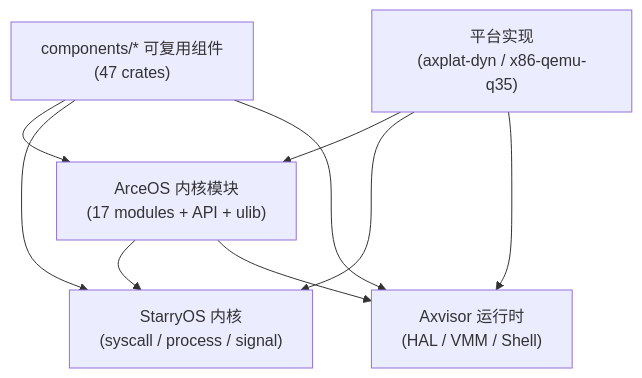
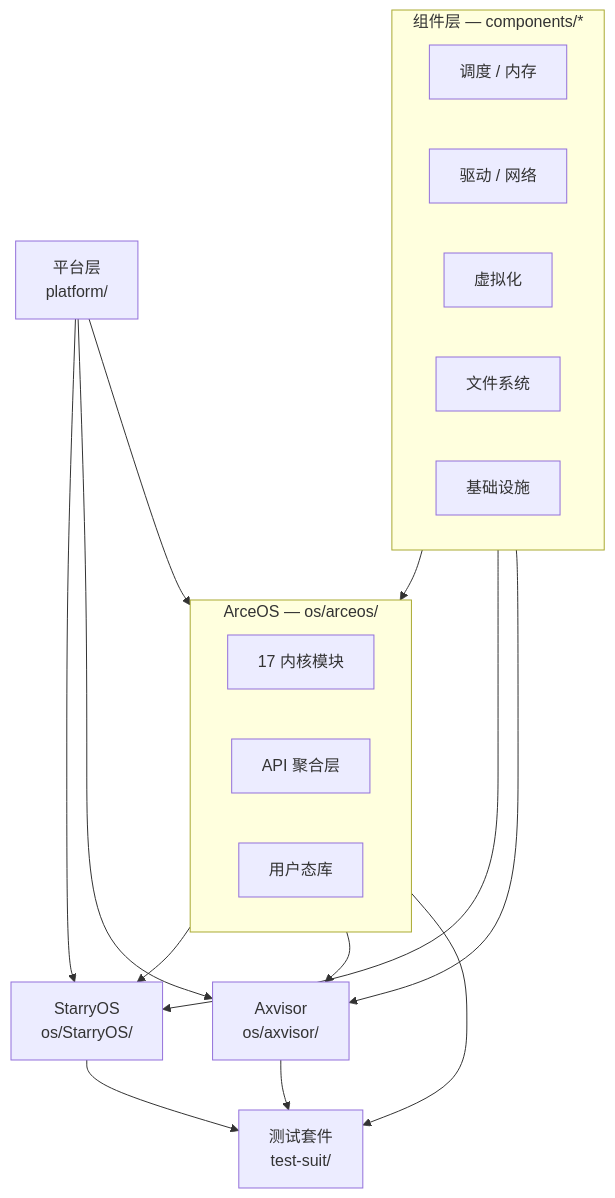
Before and after one commit to rcore-os/tgoskits: the first of 5 diagrams in docs/docs/introduction/overview.md, drawn with Mermaid. The commit also changed other lines of this file and 396 other files, not shown here.

First line of the commit message:
Enhance documentation for architecture, development, and testing processes (#530)

````diff
--- a/docs/docs/introduction/overview.md
+++ b/docs/docs/introduction/overview.md
@@ -121,17 +27,34 @@
 ```mermaid
 flowchart TD
-    Reusable["components/* 可复用组件<br/>(47 crates)"]
-    ArceOS["ArceOS 内核模块<br/>(17 modules + API + ulib)"]
-    Starry["StarryOS 内核<br/>(syscall / process / signal)"]
-    Axvisor["Axvisor 运行时<br/>(HAL / VMM / Shell)"]
-    Platform["平台实现<br/>(axplat-dyn / x86-qemu-q35)"]
+    subgraph components["组件层 — components/*"]
+        direction LR
+        sched["调度 / 内存"]
+        driver["驱动 / 网络"]
+        virt["虚拟化"]
+        fs["文件系统"]
+        infra["基础设施"]
+    end
 
-    Reusable --> ArceOS
-    Reusable --> Starry
-    Reusable --> Axvisor
-    ArceOS --> Starry
-    ArceOS --> Axvisor
-    Platform --> ArceOS
-    Platform --> Starry
-    Platform --> Axvisor
+    subgraph arceos["ArceOS — os/arceos/"]
+        modules["17 内核模块"]
+        api["API 聚合层"]
+        ulib["用户态库"]
+    end
+
+    starry["StarryOS<br/>os/StarryOS/"]
+    axvisor["Axvisor<br/>os/axvisor/"]
+    platform["平台层<br/>platform/"]
+    tests["测试套件<br/>test-suit/"]
+
+    components --> arceos
+    components --> starry
+    components --> axvisor
+    arceos --> starry
+    arceos --> axvisor
+    platform --> arceos
+    platform --> starry
+    platform --> axvisor
+    arceos --> tests
+    starry --> tests
+    axvisor --> tests
 ```
````
